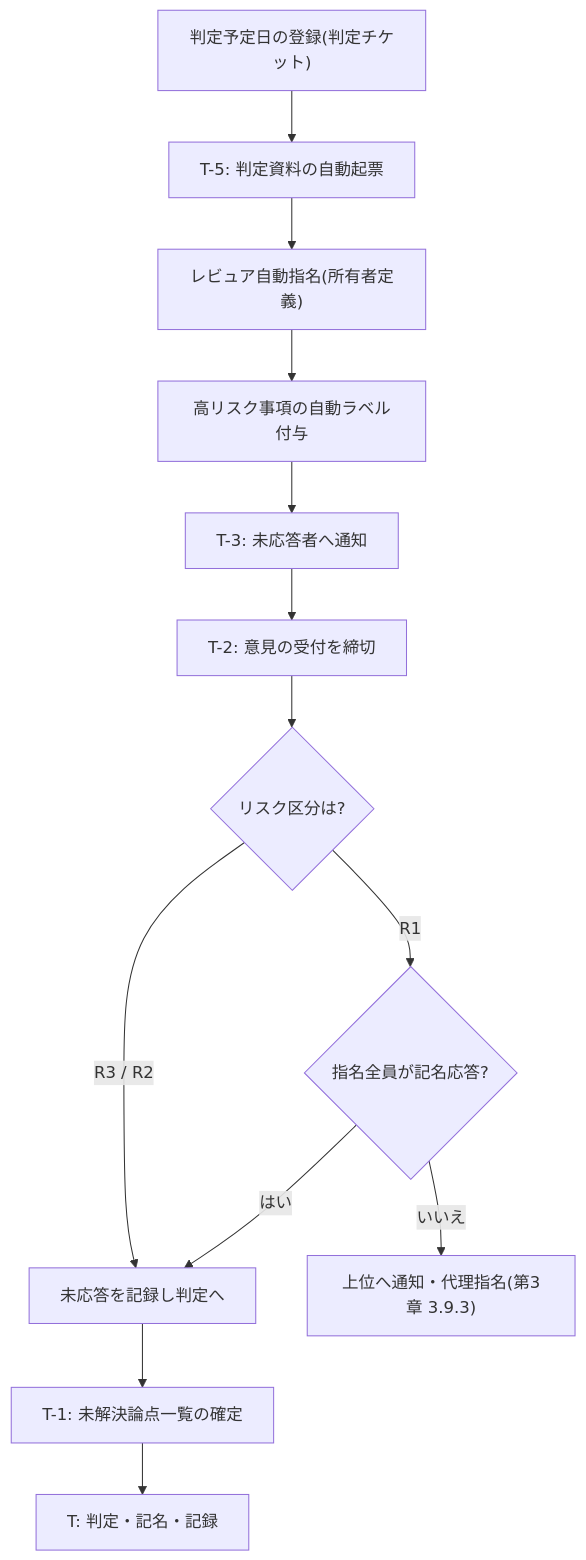
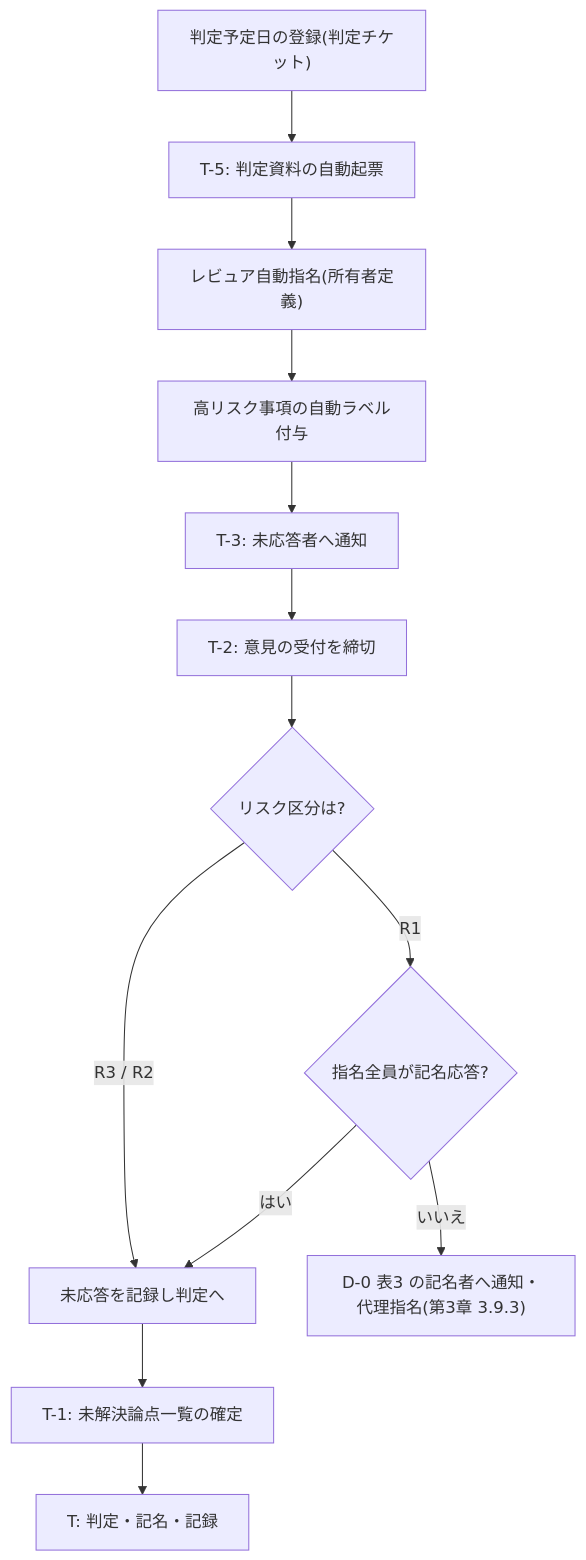
One commit to Takenori-Kusaka/process-compass changed the diagram in src/content/docs/phase5-implementation/pre-review-automation.md. Above: the diagram before and after it, drawn with Mermaid. The commit also changed 41 other files, not shown here.

````diff
--- a/src/content/docs/phase5-implementation/pre-review-automation.md
+++ b/src/content/docs/phase5-implementation/pre-review-automation.md
@@ -27,15 +27,15 @@
 ```mermaid
 graph TD
   A["判定予定日の登録(判定チケット)"] --> B["T-5: 判定資料の自動起票"]
   B --> C["レビュア自動指名(所有者定義)"]
   C --> D["高リスク事項の自動ラベル付与"]
   D --> E["T-3: 未応答者へ通知"]
   E --> F["T-2: 意見の受付を締切"]
   F --> G{"リスク区分は?"}
   G -->|R3 / R2| H["未応答を記録し判定へ"]
   G -->|R1| I{"指名全員が記名応答?"}
   I -->|はい| H
-  I -->|いいえ| J["上位へ通知・代理指名(第3章 3.9.3)"]
+  I -->|いいえ| J["D-0 表3 の記名者へ通知・代理指名(第3章 3.9.3)"]
   H --> K["T-1: 未解決論点一覧の確定"]
   K --> L["T: 判定・記名・記録"]
 ```
````
